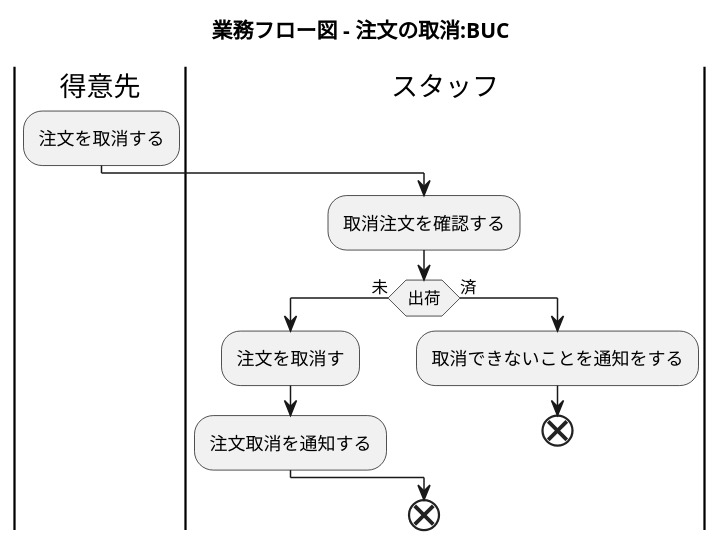
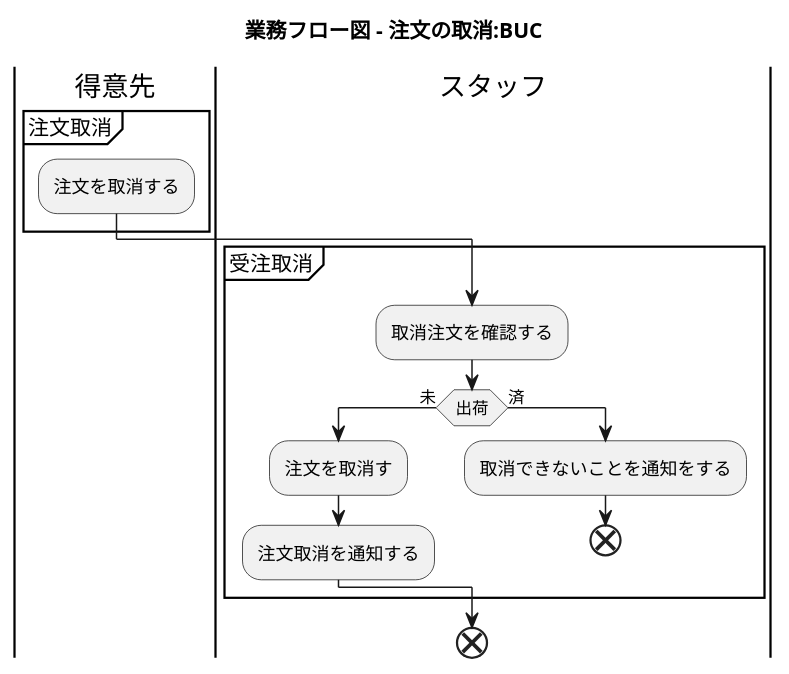
Before and after one commit to k2works/application_programing_excercise_2022: diagram 12 of 38 in docs/index.adoc, drawn with PlantUML. The commit also changed other lines of this file, not shown here.

Commit message:
docs: ユースケース複合図

```diff
--- a/docs/index.adoc
+++ b/docs/index.adoc
@@ -436,24 +452,27 @@
 [plantuml]
 ----
 @startuml
 
 title 業務フロー図 - 注文の取消:BUC
 
 |得意先|
+partition 注文取消 {
 :注文を取消する;
-
-|スタッフ|
-:取消注文を確認する;
-if (出荷) then (未)
- |スタッフ|
- :注文を取消す;
- :注文取消を通知する;
-else (済)
- |スタッフ|
- :取消できないことを通知をする;
- end
-endif
+}
+partition 受注取消 {
+    |スタッフ|
+    :取消注文を確認する;
+    if (出荷) then (未)
+     |スタッフ|
+     :注文を取消す;
+     :注文取消を通知する;
+    else (済)
+     |スタッフ|
+     :取消できないことを通知をする;
+     end
+    endif
+}
 end
 
 @enduml
 ----
```
